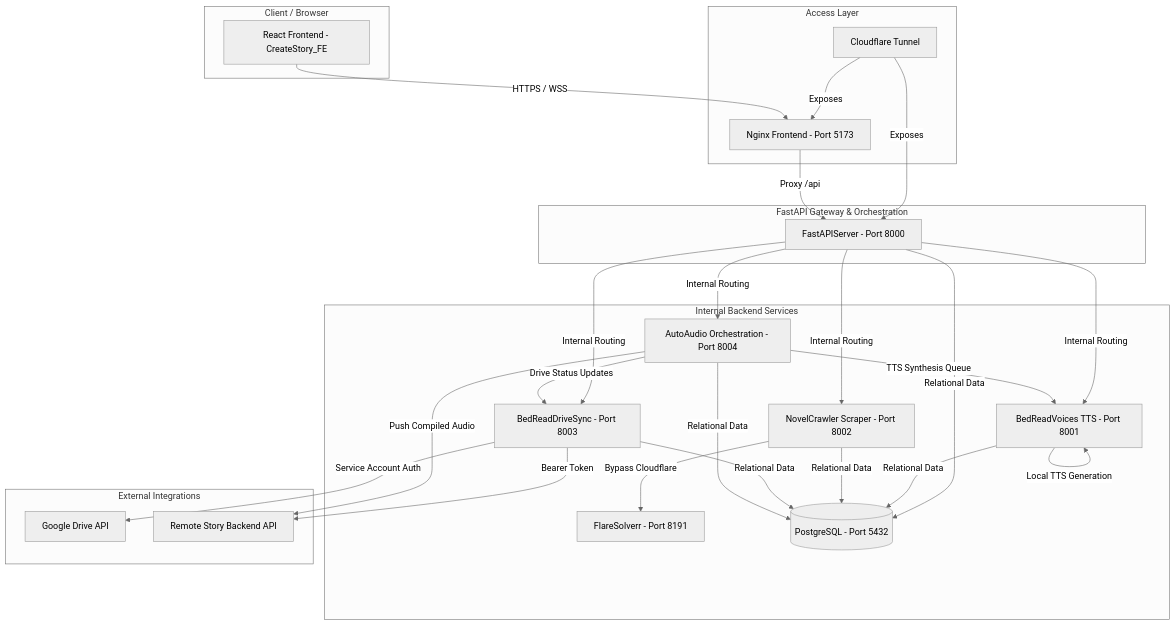
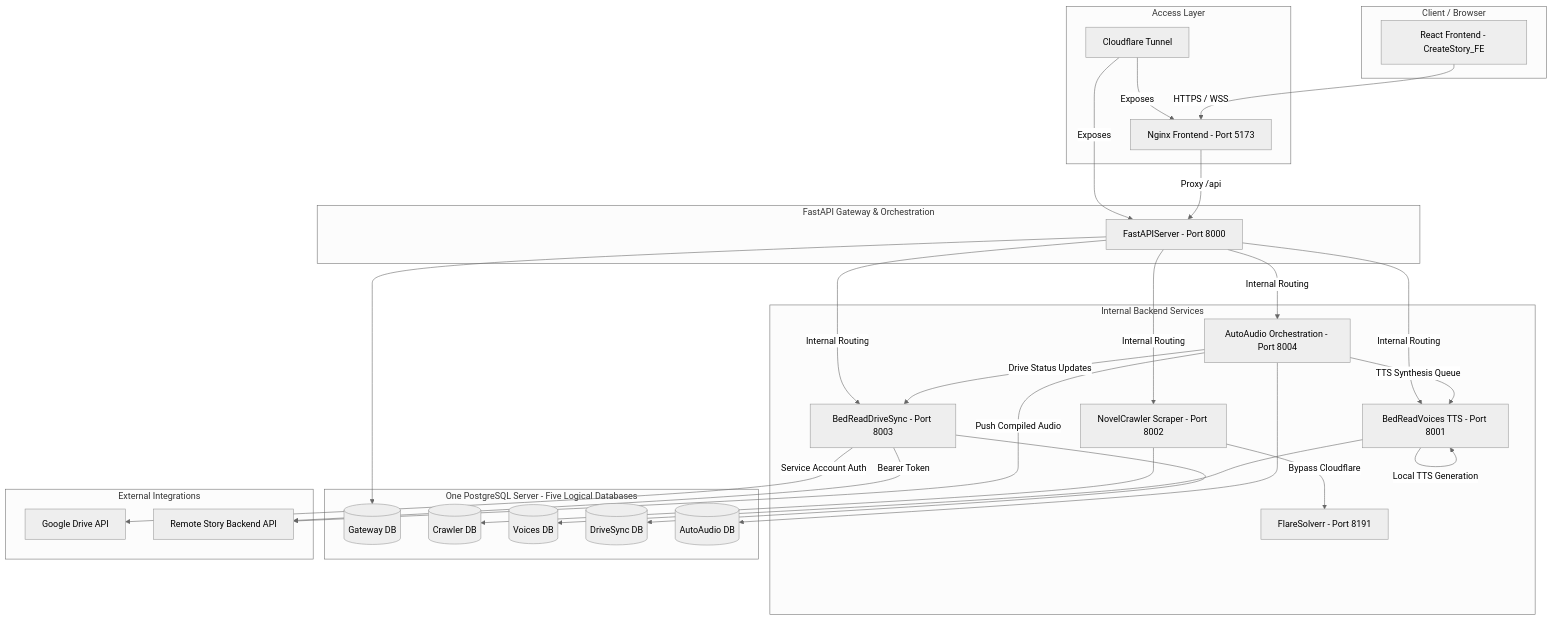
One commit to rivermini/CreateStory changed the diagram in README.md. Above: the diagram before and after it, drawn with Mermaid (neutral theme). The commit also changed other lines of this file and 91 other files, not shown here.

````diff
--- a/README.md
+++ b/README.md
@@ -98,53 +98,64 @@
 ```mermaid
 graph TD
     subgraph Client [Client / Browser]
         FE[React Frontend - CreateStory_FE]
     end
 
     subgraph Routing [Access Layer]
         CF_Tunnel[Cloudflare Tunnel]
         Nginx[Nginx Frontend - Port 5173]
     end
 
     subgraph Backend [FastAPI Gateway & Orchestration]
         Gateway[FastAPIServer - Port 8000]
     end
 
     subgraph Microservices [Internal Backend Services]
         BV[BedReadVoices TTS - Port 8001]
         NC[NovelCrawler Scraper - Port 8002]
         DS[BedReadDriveSync - Port 8003]
         AA[AutoAudio Orchestration - Port 8004]
         FS[FlareSolverr - Port 8191]
-        DB[(PostgreSQL - Port 5432)]
+    end
+
+    subgraph Data [One PostgreSQL Server - Five Logical Databases]
+        GDB[(Gateway DB)]
+        CDB[(Crawler DB)]
+        VDB[(Voices DB)]
+        DDB[(DriveSync DB)]
+        ADB[(AutoAudio DB)]
     end
 
     subgraph External [External Integrations]
         GD[Google Drive API]
         EXT_API[Remote Story Backend API]
     end
 
     %% Client Routing
     CF_Tunnel -->|Exposes| Nginx
     CF_Tunnel -->|Exposes| Gateway
     FE -->|HTTPS / WSS| Nginx
     Nginx -->|Proxy /api| Gateway
 
     %% Gateway Routing
     Gateway -->|Internal Routing| BV
     Gateway -->|Internal Routing| NC
     Gateway -->|Internal Routing| DS
     Gateway -->|Internal Routing| AA
 
     %% Downstream Service Dependencies
     NC -->|Bypass Cloudflare| FS
     DS -->|Service Account Auth| GD
     DS -->|Bearer Token| EXT_API
     BV -->|Local TTS Generation| BV
     AA -->|TTS Synthesis Queue| BV
     AA -->|Drive Status Updates| DS
     AA -->|Push Compiled Audio| EXT_API
 
-    %% Shared Databases
-    Gateway & BV & NC & DS & AA -->|Relational Data| DB
+    %% Private data ownership
+    Gateway --> GDB
+    NC --> CDB
+    BV --> VDB
+    DS --> DDB
+    AA --> ADB
 ```
````
